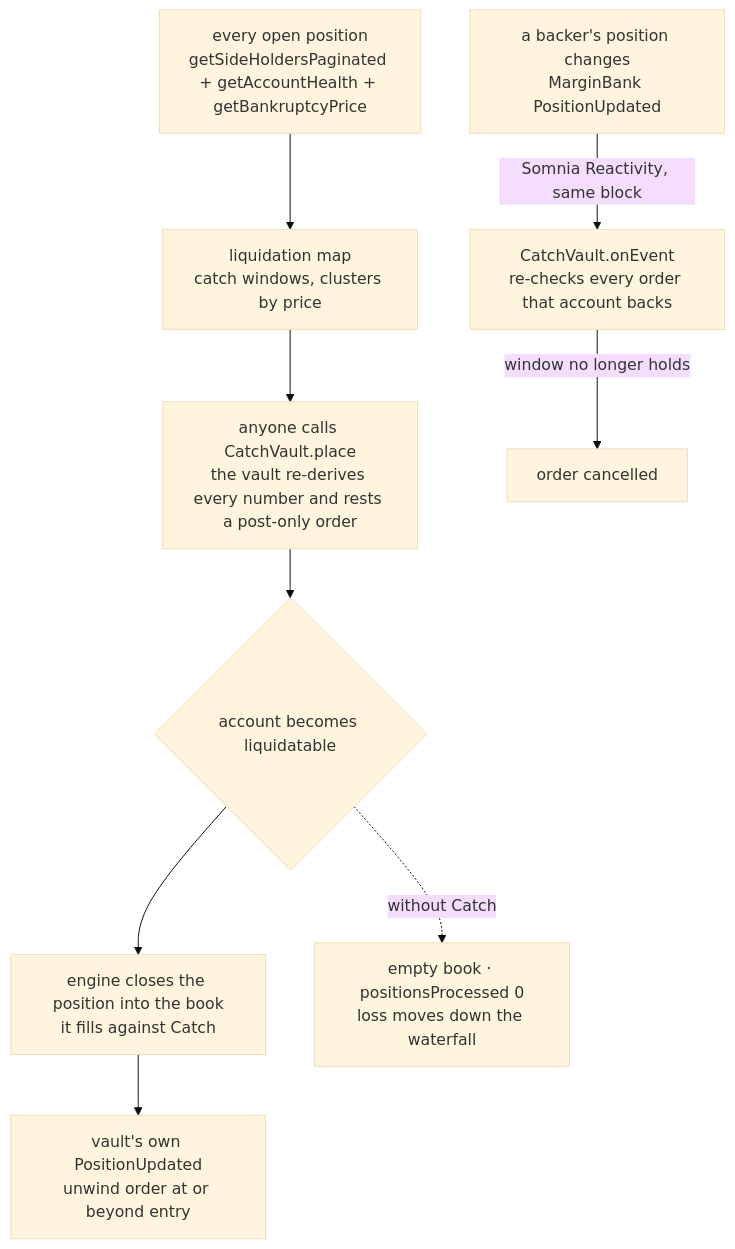
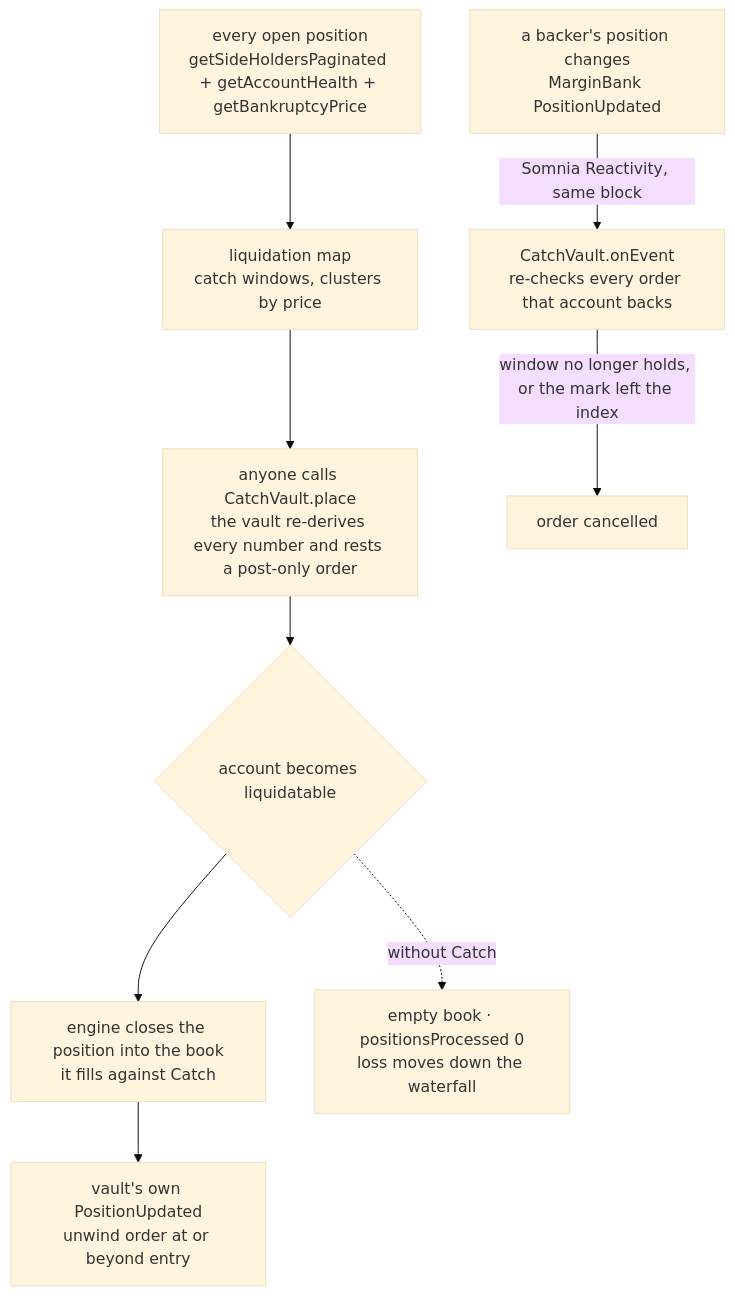
One commit to subheeksh5599/catch changed the diagram in README.md. Above: the diagram before and after it, drawn with Mermaid (base theme). The commit also changed other lines of this file and 2 other files, not shown here.

````diff
--- a/README.md
+++ b/README.md
@@ -43,11 +49,11 @@
 ```mermaid
 flowchart TD
     A["every open position<br/>getSideHoldersPaginated + getAccountHealth + getBankruptcyPrice"] --> B["liquidation map<br/>catch windows, clusters by price"]
     B --> C["anyone calls CatchVault.place<br/>the vault re-derives every number and rests a post-only order"]
     D["a backer's position changes<br/>MarginBank PositionUpdated"] -->|Somnia Reactivity, same block| E["CatchVault.onEvent<br/>re-checks every order that account backs"]
-    E -->|window no longer holds| X["order cancelled"]
+    E -->|window no longer holds, or the mark left the index| X["order cancelled"]
     C --> F{"account becomes liquidatable"}
     F --> G["engine closes the position into the book<br/>it fills against Catch"]
     G --> H["vault's own PositionUpdated<br/>unwind order at or beyond entry"]
     F -. without Catch .-> I["empty book · positionsProcessed 0<br/>loss moves down the waterfall"]
 ```
````
